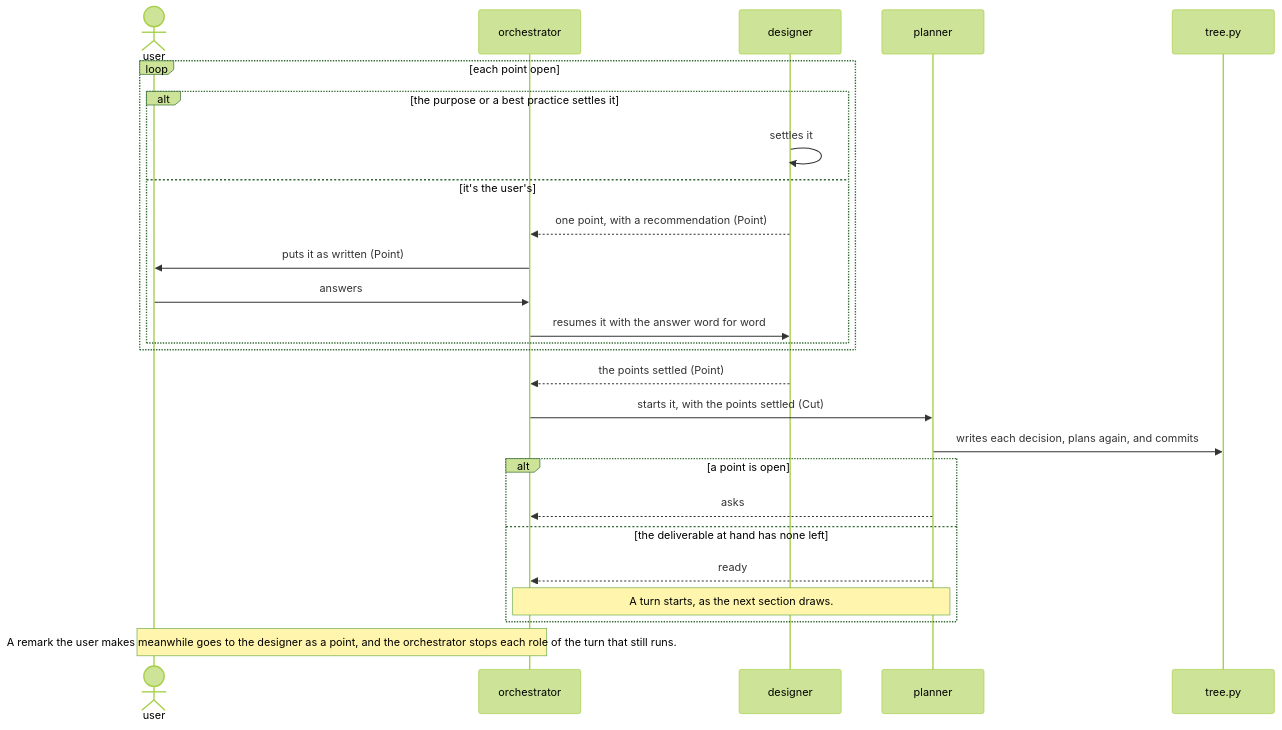
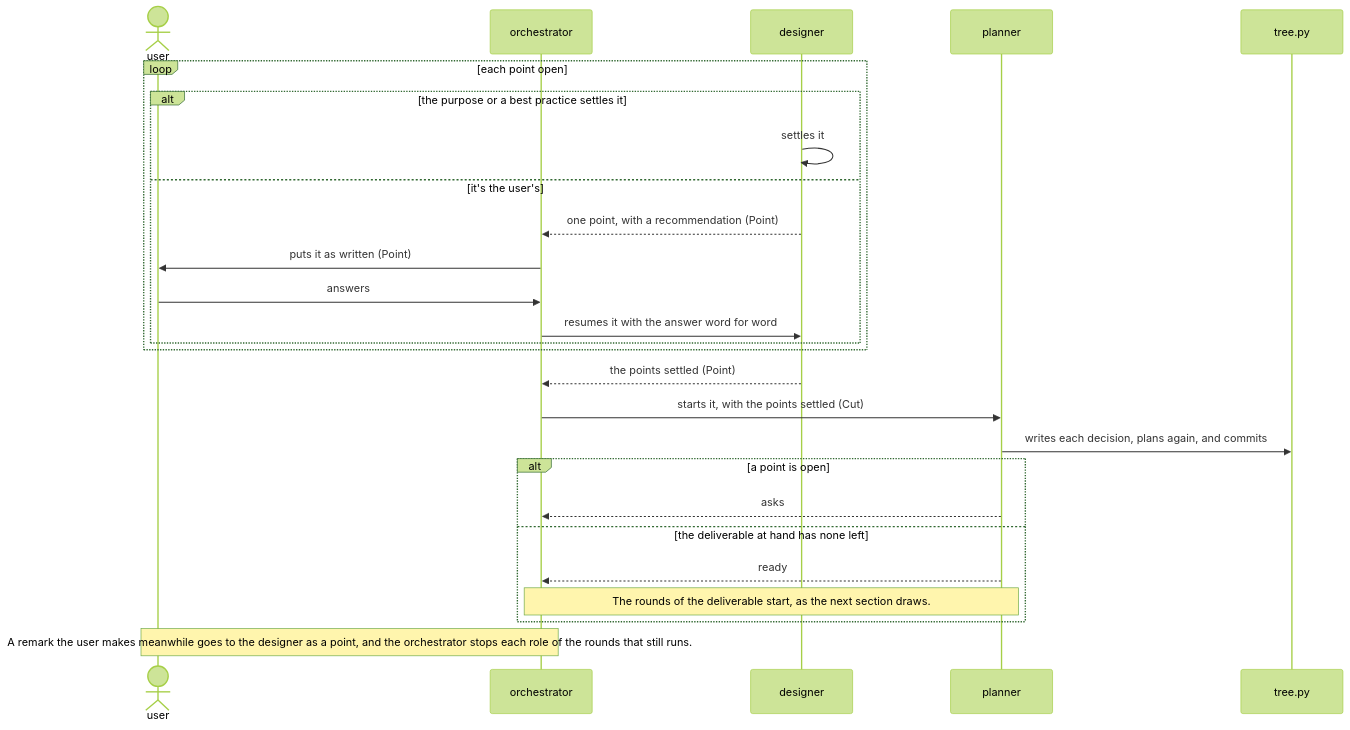
The second of 5 diagrams in dev/rn/architecture.md (lovaizu/ccpm), drawn with Mermaid (forest theme) before and after one commit. The commit also changed other lines of this file and 4 other files, not shown here.

````diff
--- a/dev/rn/architecture.md
+++ b/dev/rn/architecture.md
@@ -166,28 +155,28 @@
 ```mermaid
 sequenceDiagram
   actor U as user
   participant O as orchestrator
   participant D as designer
   participant P as planner
   participant T as tree.py
   loop each point open
     alt the purpose or a best practice settles it
       D->>D: settles it
     else it's the user's
       D-->>O: one point, with a recommendation (Point)
       O->>U: puts it as written (Point)
       U->>O: answers
       O->>D: resumes it with the answer word for word
     end
   end
   D-->>O: the points settled (Point)
   O->>P: starts it, with the points settled (Cut)
   P->>T: writes each decision, plans again, and commits
   alt a point is open
     P-->>O: asks
   else the deliverable at hand has none left
     P-->>O: ready
-    Note over O,P: A turn starts, as the next section draws.
+    Note over O,P: The rounds of the deliverable start, as the next section draws.
   end
-  Note over U,O: A remark the user makes meanwhile goes to the designer as a point, and the orchestrator stops each role of the turn that still runs.
+  Note over U,O: A remark the user makes meanwhile goes to the designer as a point, and the orchestrator stops each role of the rounds that still runs.
 ```
````
